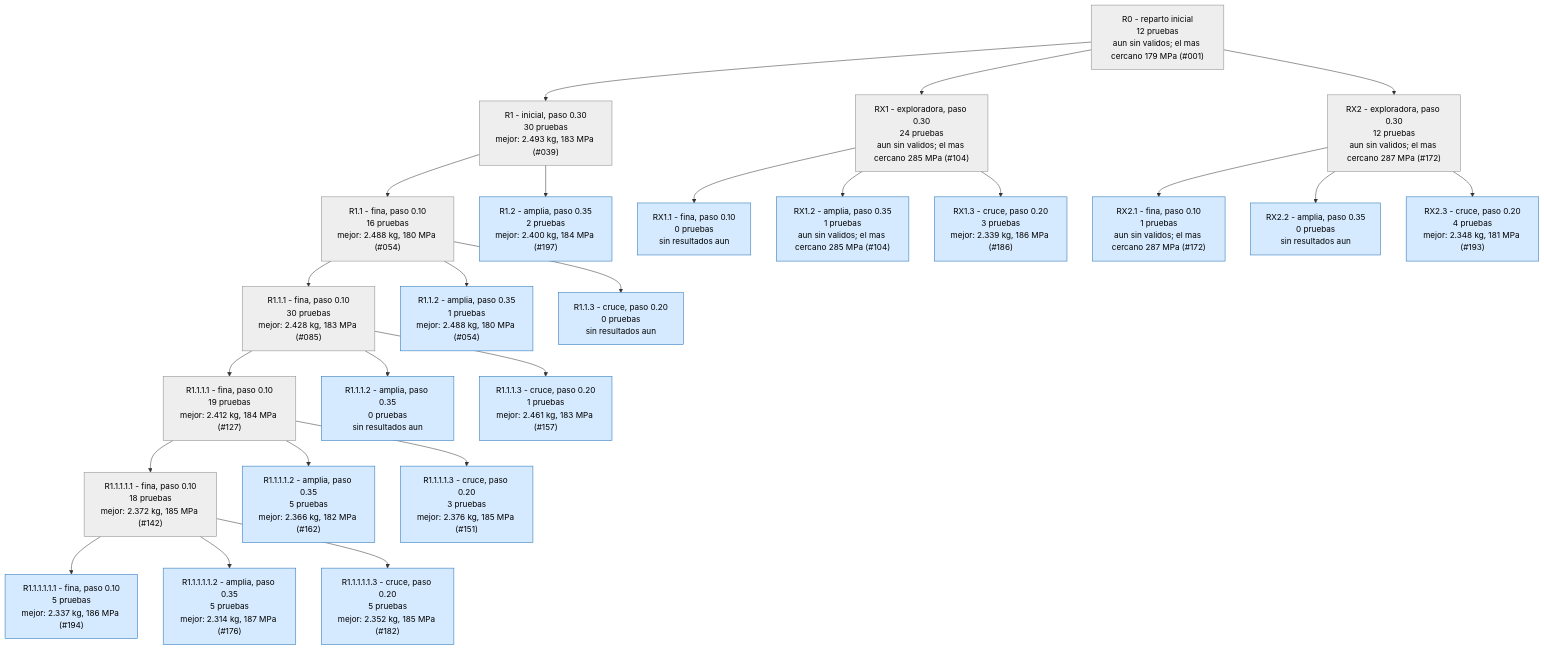
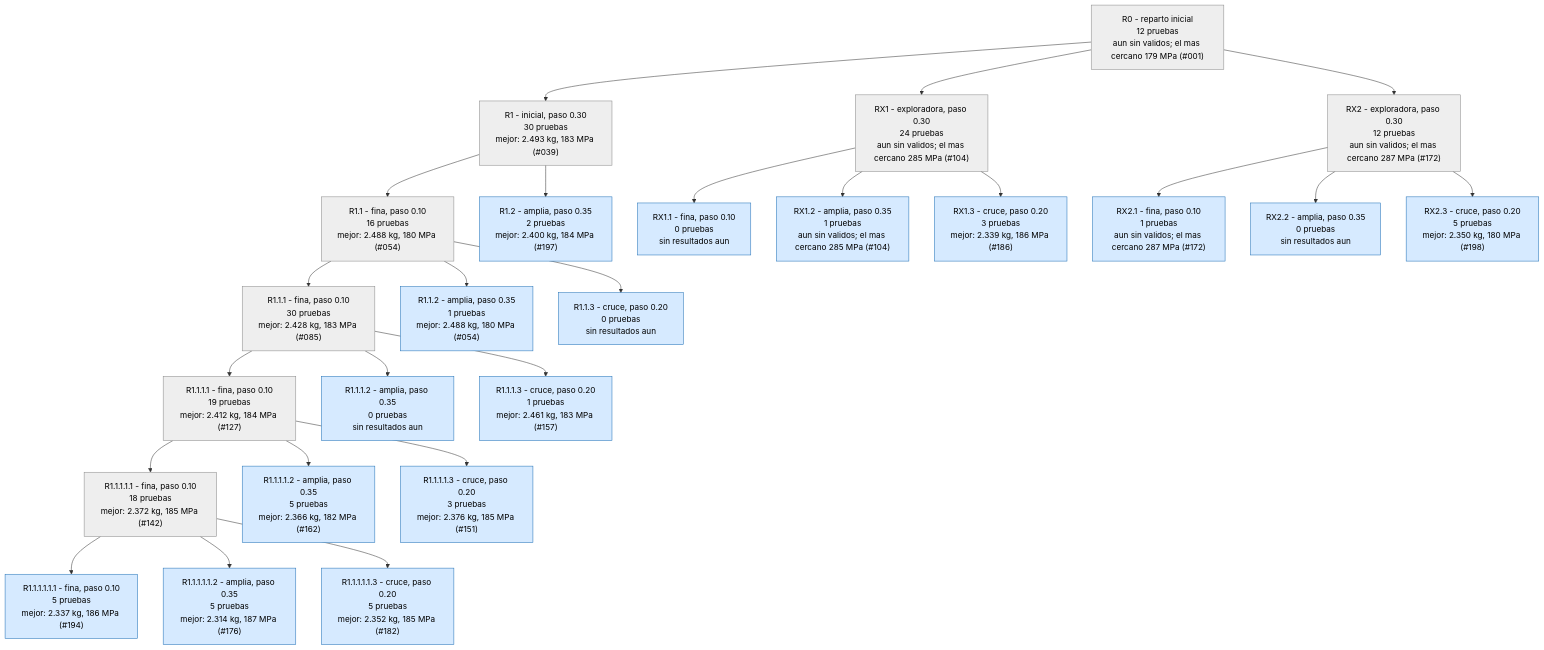
Before and after one commit to Hugiko/msd-soporte-optimizacion: the second of 4 diagrams in runs/opt_37800N/ARBOL.md, drawn with Mermaid. The commit also changed 23 other files, not shown here.

````diff
--- a/runs/opt_37800N/ARBOL.md
+++ b/runs/opt_37800N/ARBOL.md
@@ -45,53 +45,53 @@
 ```mermaid
 graph TD
 classDef activa fill:#d6eaff,stroke:#1f6fb5,color:#000
 classDef fin fill:#eeeeee,stroke:#888,color:#000
 classDef mejor fill:#c8f0c0,stroke:#1a9850,stroke-width:4px,color:#000
 R0["R0 - reparto inicial<br/>12 pruebas<br/>aun sin validos; el mas cercano 179 MPa (#001)"]:::fin
 R1["R1 - inicial, paso 0.30<br/>30 pruebas<br/>mejor: 2.493 kg, 183 MPa (#039)"]:::fin
 R0 --> R1
 R1_1["R1.1 - fina, paso 0.10<br/>16 pruebas<br/>mejor: 2.488 kg, 180 MPa (#054)"]:::fin
 R1 --> R1_1
 R1_2["R1.2 - amplia, paso 0.35<br/>2 pruebas<br/>mejor: 2.400 kg, 184 MPa (#197)"]:::activa
 R1 --> R1_2
 R1_1_1["R1.1.1 - fina, paso 0.10<br/>30 pruebas<br/>mejor: 2.428 kg, 183 MPa (#085)"]:::fin
 R1_1 --> R1_1_1
 R1_1_2["R1.1.2 - amplia, paso 0.35<br/>1 pruebas<br/>mejor: 2.488 kg, 180 MPa (#054)"]:::activa
 R1_1 --> R1_1_2
 R1_1_3["R1.1.3 - cruce, paso 0.20<br/>0 pruebas<br/>sin resultados aun"]:::activa
 R1_1 --> R1_1_3
 R1_1_1_1["R1.1.1.1 - fina, paso 0.10<br/>19 pruebas<br/>mejor: 2.412 kg, 184 MPa (#127)"]:::fin
 R1_1_1 --> R1_1_1_1
 R1_1_1_2["R1.1.1.2 - amplia, paso 0.35<br/>0 pruebas<br/>sin resultados aun"]:::activa
 R1_1_1 --> R1_1_1_2
 R1_1_1_3["R1.1.1.3 - cruce, paso 0.20<br/>1 pruebas<br/>mejor: 2.461 kg, 183 MPa (#157)"]:::activa
 R1_1_1 --> R1_1_1_3
 RX1["RX1 - exploradora, paso 0.30<br/>24 pruebas<br/>aun sin validos; el mas cercano 285 MPa (#104)"]:::fin
 R0 --> RX1
 RX1_1["RX1.1 - fina, paso 0.10<br/>0 pruebas<br/>sin resultados aun"]:::activa
 RX1 --> RX1_1
 RX1_2["RX1.2 - amplia, paso 0.35<br/>1 pruebas<br/>aun sin validos; el mas cercano 285 MPa (#104)"]:::activa
 RX1 --> RX1_2
 RX1_3["RX1.3 - cruce, paso 0.20<br/>3 pruebas<br/>mejor: 2.339 kg, 186 MPa (#186)"]:::activa
 RX1 --> RX1_3
 R1_1_1_1_1["R1.1.1.1.1 - fina, paso 0.10<br/>18 pruebas<br/>mejor: 2.372 kg, 185 MPa (#142)"]:::fin
 R1_1_1_1 --> R1_1_1_1_1
 R1_1_1_1_2["R1.1.1.1.2 - amplia, paso 0.35<br/>5 pruebas<br/>mejor: 2.366 kg, 182 MPa (#162)"]:::activa
 R1_1_1_1 --> R1_1_1_1_2
 R1_1_1_1_3["R1.1.1.1.3 - cruce, paso 0.20<br/>3 pruebas<br/>mejor: 2.376 kg, 185 MPa (#151)"]:::activa
 R1_1_1_1 --> R1_1_1_1_3
 R1_1_1_1_1_1["R1.1.1.1.1.1 - fina, paso 0.10<br/>5 pruebas<br/>mejor: 2.337 kg, 186 MPa (#194)"]:::activa
 R1_1_1_1_1 --> R1_1_1_1_1_1
 R1_1_1_1_1_2["R1.1.1.1.1.2 - amplia, paso 0.35<br/>5 pruebas<br/>mejor: 2.314 kg, 187 MPa (#176)"]:::activa
 R1_1_1_1_1 --> R1_1_1_1_1_2
 R1_1_1_1_1_3["R1.1.1.1.1.3 - cruce, paso 0.20<br/>5 pruebas<br/>mejor: 2.352 kg, 185 MPa (#182)"]:::activa
 R1_1_1_1_1 --> R1_1_1_1_1_3
 RX2["RX2 - exploradora, paso 0.30<br/>12 pruebas<br/>aun sin validos; el mas cercano 287 MPa (#172)"]:::fin
 R0 --> RX2
 RX2_1["RX2.1 - fina, paso 0.10<br/>1 pruebas<br/>aun sin validos; el mas cercano 287 MPa (#172)"]:::activa
 RX2 --> RX2_1
 RX2_2["RX2.2 - amplia, paso 0.35<br/>0 pruebas<br/>sin resultados aun"]:::activa
 RX2 --> RX2_2
-RX2_3["RX2.3 - cruce, paso 0.20<br/>4 pruebas<br/>mejor: 2.348 kg, 181 MPa (#193)"]:::activa
+RX2_3["RX2.3 - cruce, paso 0.20<br/>5 pruebas<br/>mejor: 2.350 kg, 180 MPa (#198)"]:::activa
 RX2 --> RX2_3
 ```
````
